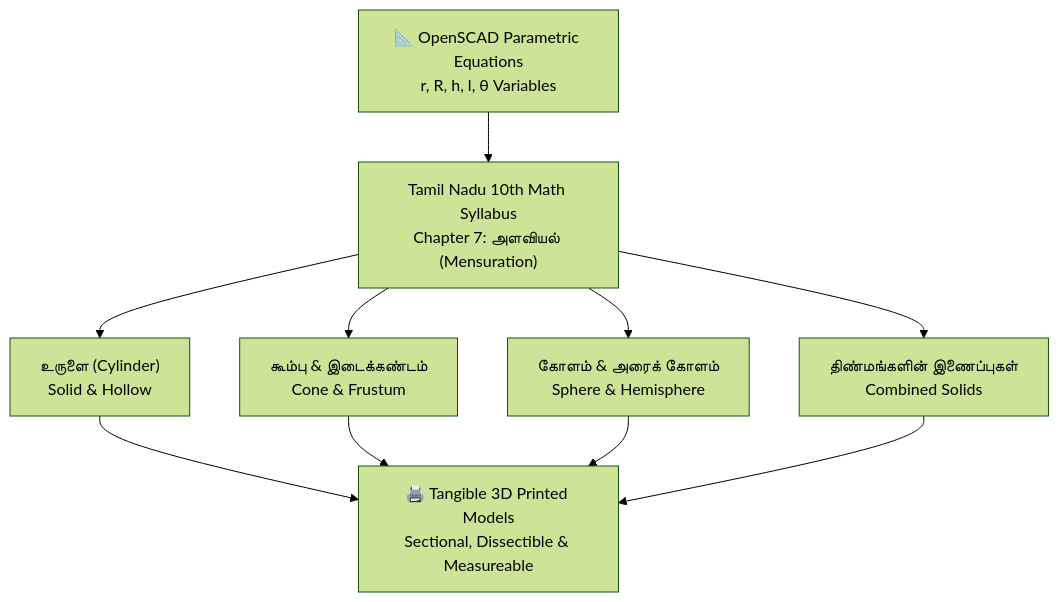
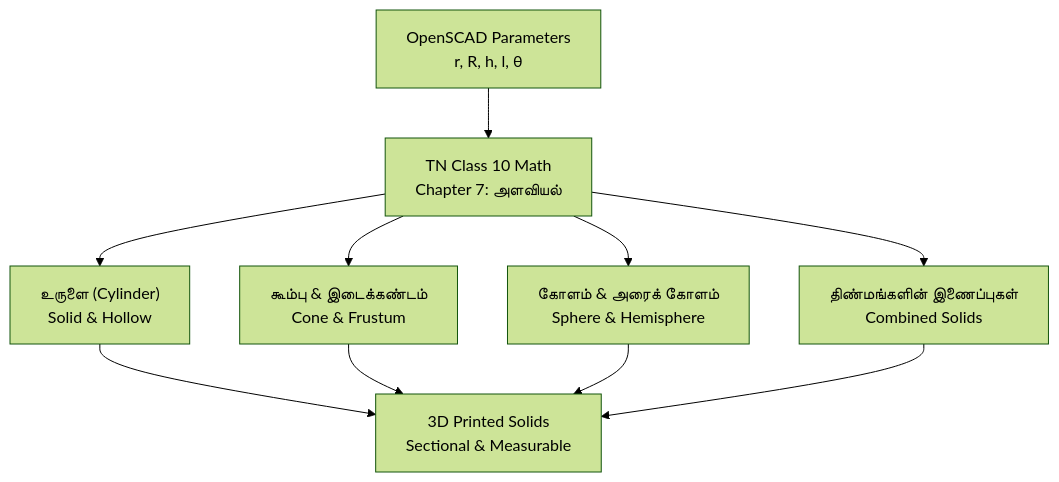
The diagram in projects/toy-designs-and-products/tamil-mensuration-openscad.md (dhamodharankkp-oss/dhamodharan-kkp), drawn with Mermaid (forest theme) before and after one commit. The commit also changed other lines of this file and 1 other file, not shown here.

Commit message:
Refine writing tone for Numicon Math Manipulatives and Tamil Mensuration 3D Solids pages

````diff
--- a/projects/toy-designs-and-products/tamil-mensuration-openscad.md
+++ b/projects/toy-designs-and-products/tamil-mensuration-openscad.md
@@ -23,9 +22,9 @@
 ```mermaid
 flowchart TD
-    A["📐 OpenSCAD Parametric Equations<br>r, R, h, l, θ Variables"] --> B["Tamil Nadu 10th Math Syllabus<br>Chapter 7: அளவியல் (Mensuration)"]
+    A["OpenSCAD Parameters<br>r, R, h, l, θ"] --> B["TN Class 10 Math<br>Chapter 7: அளவியல்"]
     B --> C1["உருளை (Cylinder)<br>Solid & Hollow"]
     B --> C2["கூம்பு & இடைக்கண்டம்<br>Cone & Frustum"]
     B --> C3["கோளம் & அரைக் கோளம்<br>Sphere & Hemisphere"]
     B --> C4["திண்மங்களின் இணைப்புகள்<br>Combined Solids"]
-    C1 & C2 & C3 & C4 --> D["🖨️ Tangible 3D Printed Models<br>Sectional, Dissectible & Measureable"]
+    C1 & C2 & C3 & C4 --> D["3D Printed Solids<br>Sectional & Measurable"]
 ```
````
